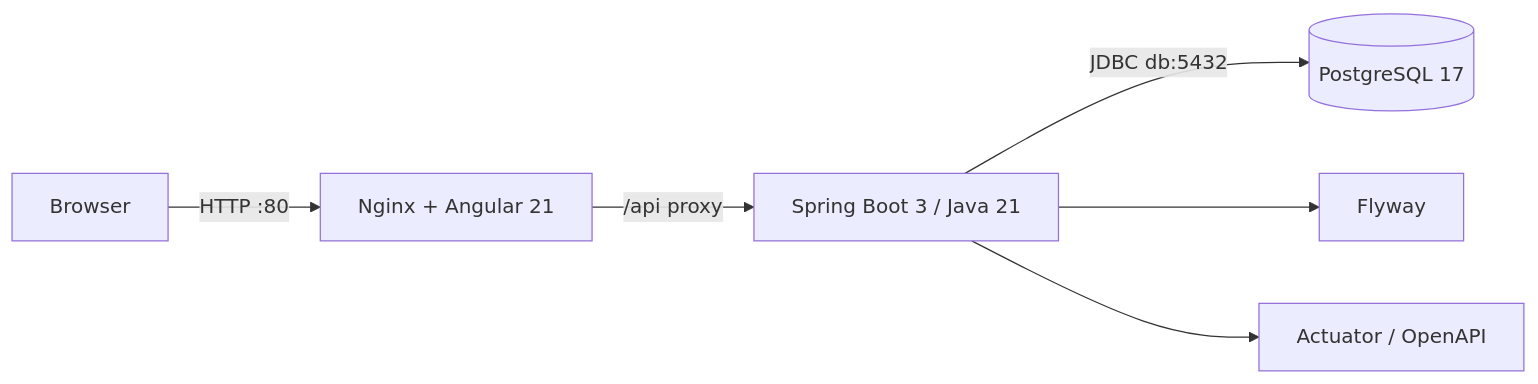
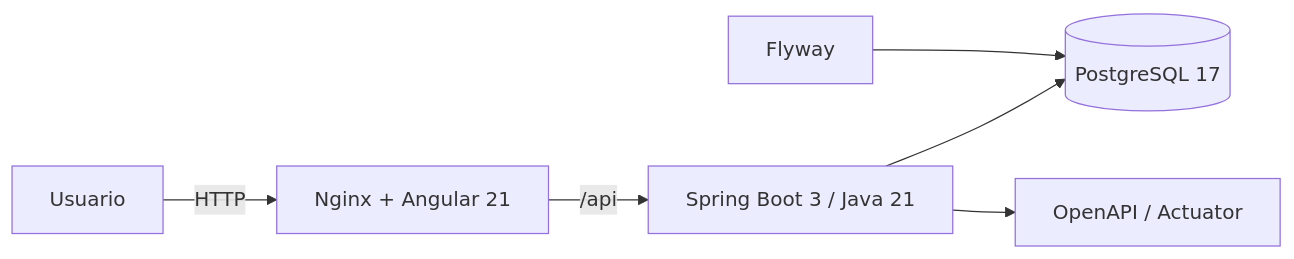
One commit to CristhianLagunaM/launchforge changed the first of 6 diagrams in README.md. Above: the diagram before and after it, drawn with Mermaid. The commit also changed other lines of this file and 30 other files, not shown here.

````diff
--- a/README.md
+++ b/README.md
@@ -7,8 +9,8 @@
 ```mermaid
 flowchart LR
-    B[Browser] -->|HTTP :80| N[Nginx + Angular 21]
-    N -->|/api proxy| API[Spring Boot 3 / Java 21]
-    API -->|JDBC db:5432| DB[(PostgreSQL 17)]
-    API --> F[Flyway]
-    API --> H[Actuator / OpenAPI]
+    U[Usuario] -->|HTTP| N[Nginx + Angular 21]
+    N -->|/api| API[Spring Boot 3 / Java 21]
+    API --> DB[(PostgreSQL 17)]
+    API --> O[OpenAPI / Actuator]
+    F[Flyway] --> DB
 ```
````
